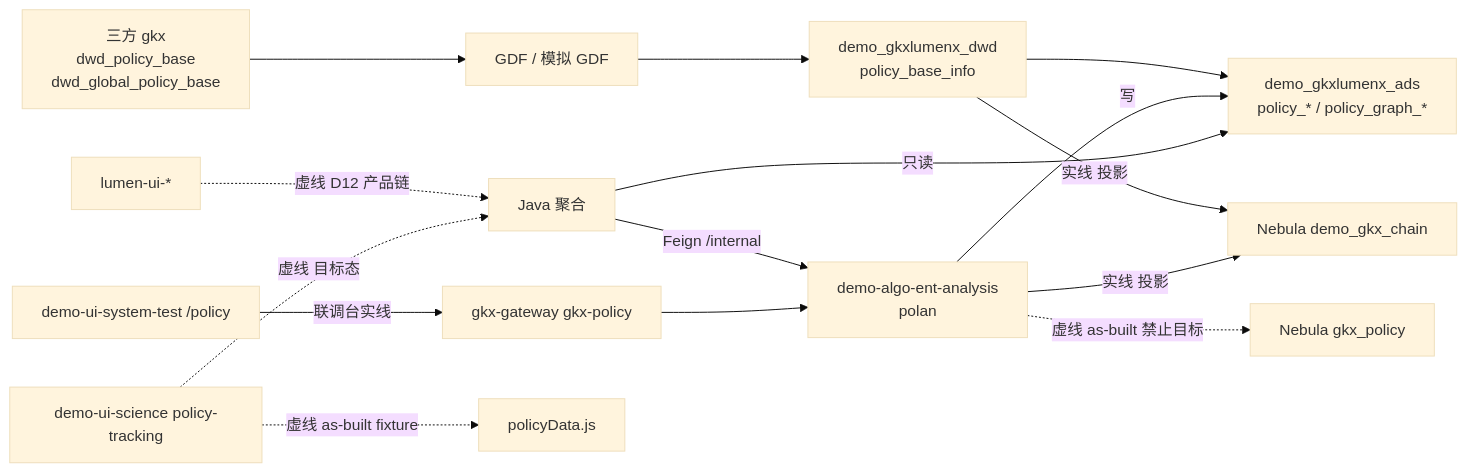
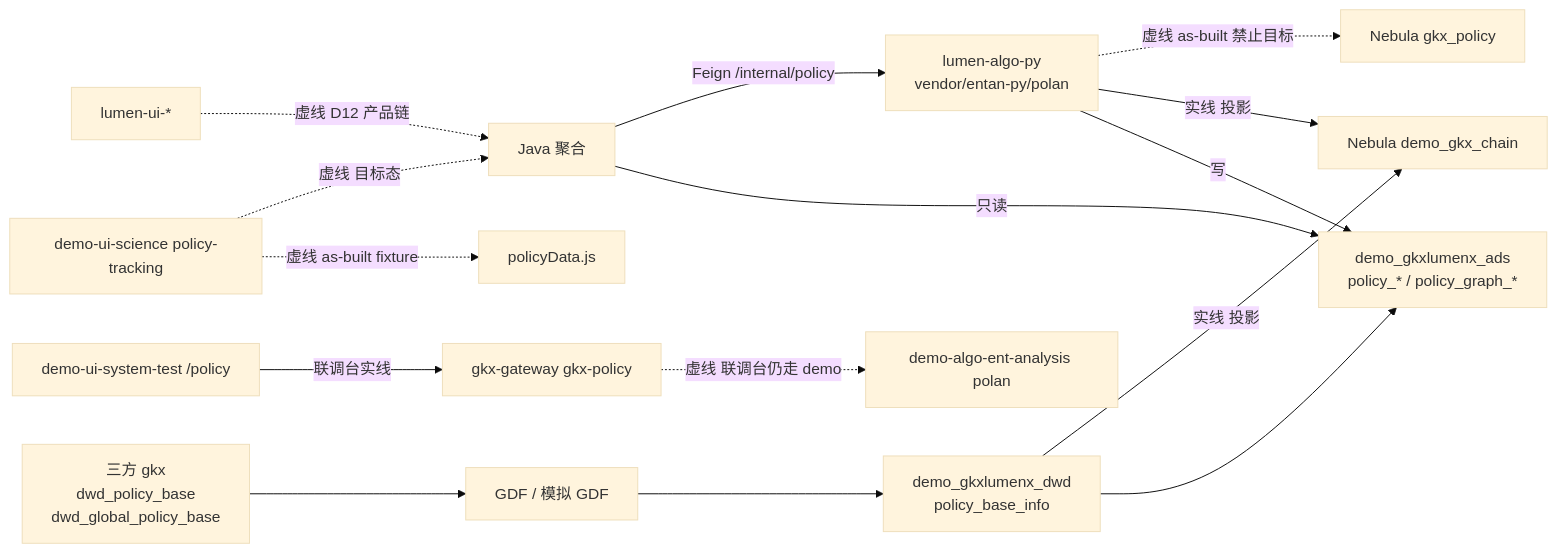
One commit to Marisolebxf/- changed the first of 3 diagrams in agent-delivery/data/data-design/storage/POLICY/01-data-flow.md. Above: the diagram before and after it, drawn with Mermaid (base theme). The commit also changed other lines of this file and 1 other file, not shown here.

First line of the commit message:
docs(policy): PY-BOOT handoff 与 POLICY-STORAGE-FLOW Python 边 [agent:algorithm-agent]

````diff
--- a/agent-delivery/data/data-design/storage/POLICY/01-data-flow.md
+++ b/agent-delivery/data/data-design/storage/POLICY/01-data-flow.md
@@ -29,17 +29,17 @@
 ```mermaid
 flowchart LR
   ODS["三方 gkx<br/>dwd_policy_base<br/>dwd_global_policy_base"] --> GDF["GDF / 模拟 GDF"]
   GDF --> DWD["demo_gkxlumenx_dwd<br/>policy_base_info"]
   DWD --> ADS["demo_gkxlumenx_ads<br/>policy_* / policy_graph_*"]
   DWD -->|"实线 投影"| NEB["Nebula demo_gkx_chain"]
-  PY["demo-algo-ent-analysis<br/>polan"] -->|写| ADS
+  PY["lumen-algo-py<br/>vendor/entan-py/polan"] -->|写| ADS
   PY -->|"实线 投影"| NEB
   PY -.->|"虚线 as-built 禁止目标"| OLD["Nebula gkx_policy"]
   JAVA["Java 聚合"] -->|只读| ADS
-  JAVA -->|Feign /internal| PY
+  JAVA -->|"Feign /internal/policy"| PY
   FE["demo-ui-system-test /policy"] -->|"联调台实线"| GW["gkx-gateway gkx-policy"]
-  GW --> PY
+  GW -.->|"虚线 联调台仍走 demo"| DEMOPY["demo-algo-ent-analysis polan"]
   FE2["lumen-ui-*"] -.->|"虚线 D12 产品链"| JAVA
   FE3["demo-ui-science policy-tracking"] -.->|"虚线 as-built fixture"| MOCK["policyData.js"]
   FE3 -.->|"虚线 目标态"| JAVA
 ```
````
